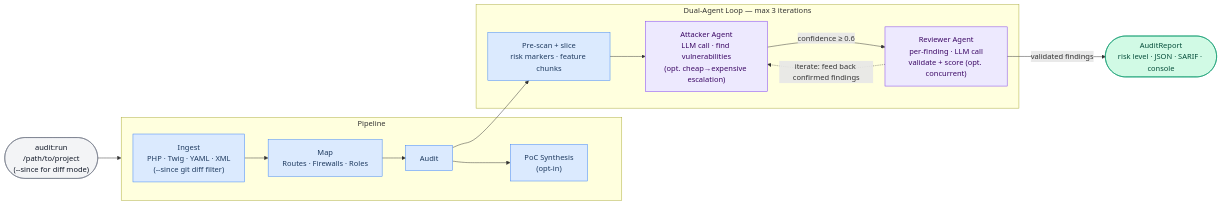
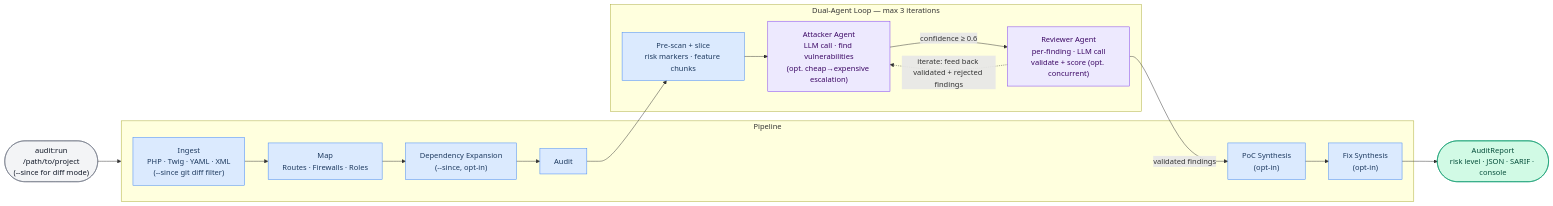
The second of 4 diagrams in docs/diagrams.md (vinceAmstoutz/symfony-security-auditor), drawn with Mermaid before and after one commit. The commit also changed other lines of this file, not shown here.

First line of the commit message:
docs: fix staleness in diagrams.md

````diff
--- a/docs/diagrams.md
+++ b/docs/diagrams.md
@@ -38,33 +38,37 @@
 ```mermaid
 %%{init: {'theme': 'default', 'themeVariables': {'background': 'transparent'}}}%%
 flowchart LR
     classDef cmd fill:#f3f4f6,stroke:#6b7280,color:#111827
     classDef stage fill:#dbeafe,stroke:#3b82f6,color:#1e3a5f
     classDef agent fill:#ede9fe,stroke:#7c3aed,color:#3b0764
     classDef report fill:#d1fae5,stroke:#059669,color:#064e3b
 
     CLI(["audit:run\n/path/to/project\n(--since for diff mode)"]):::cmd
 
     subgraph PIPE["  Pipeline  "]
         ING["Ingest\nPHP · Twig · YAML · XML\n(--since git diff filter)"]:::stage
         MAP["Map\nRoutes · Firewalls · Roles"]:::stage
+        DEP["Dependency Expansion\n(--since, opt-in)"]:::stage
         AUD["Audit"]:::stage
         POC["PoC Synthesis\n(opt-in)"]:::stage
-        ING --> MAP --> AUD --> POC
+        FIX["Fix Synthesis\n(opt-in)"]:::stage
+        ING --> MAP --> DEP --> AUD
+        POC --> FIX
     end
 
     subgraph LOOP["  Dual-Agent Loop — max 3 iterations  "]
         PRE["Pre-scan + slice\nrisk markers · feature chunks"]:::stage
         ATK["Attacker Agent\nLLM call · find vulnerabilities\n(opt. cheap→expensive escalation)"]:::agent
         REV["Reviewer Agent\nper-finding · LLM call\nvalidate + score (opt. concurrent)"]:::agent
         PRE --> ATK
         ATK -- "confidence ≥ 0.6" --> REV
-        REV -. "iterate: feed back confirmed findings" .-> ATK
+        REV -. "iterate: feed back validated + rejected findings" .-> ATK
     end
 
     RPT(["AuditReport\nrisk level · JSON · SARIF · console"]):::report
 
     CLI --> PIPE
     AUD --> PRE
-    REV -- "validated findings" --> RPT
+    REV -- "validated findings" --> POC
+    FIX --> RPT
 ```
````
